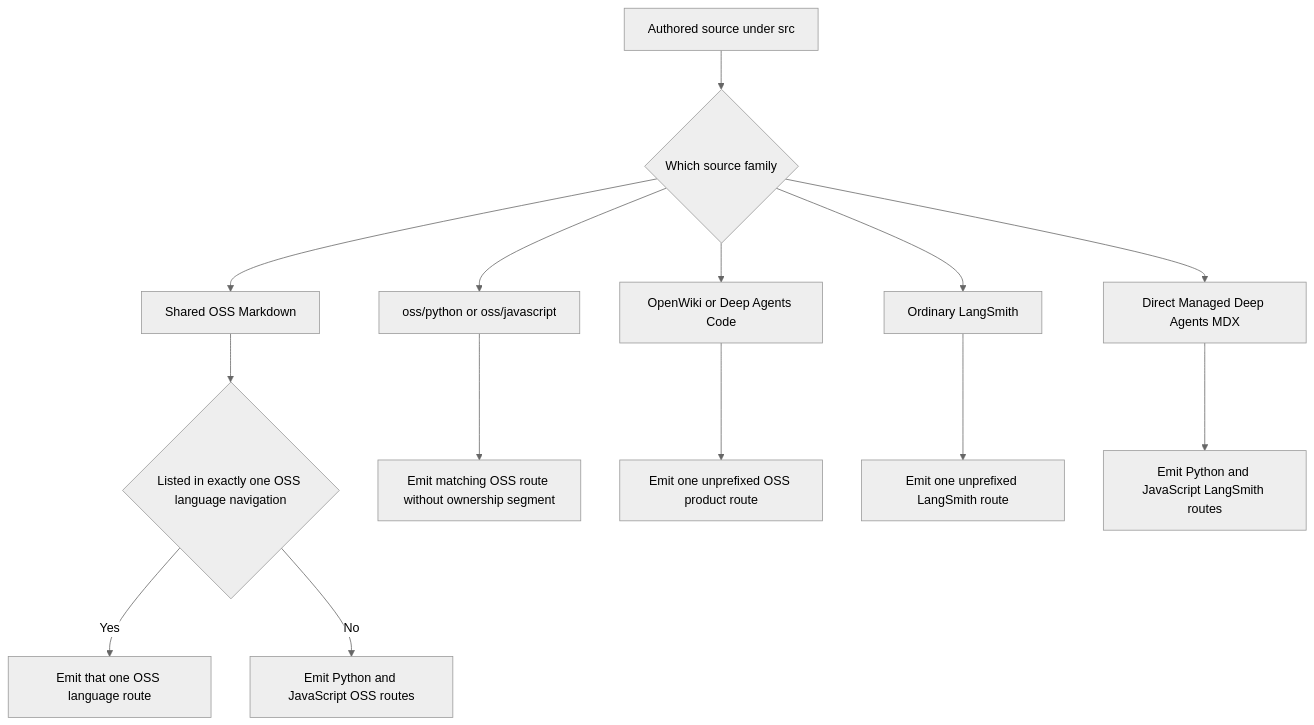
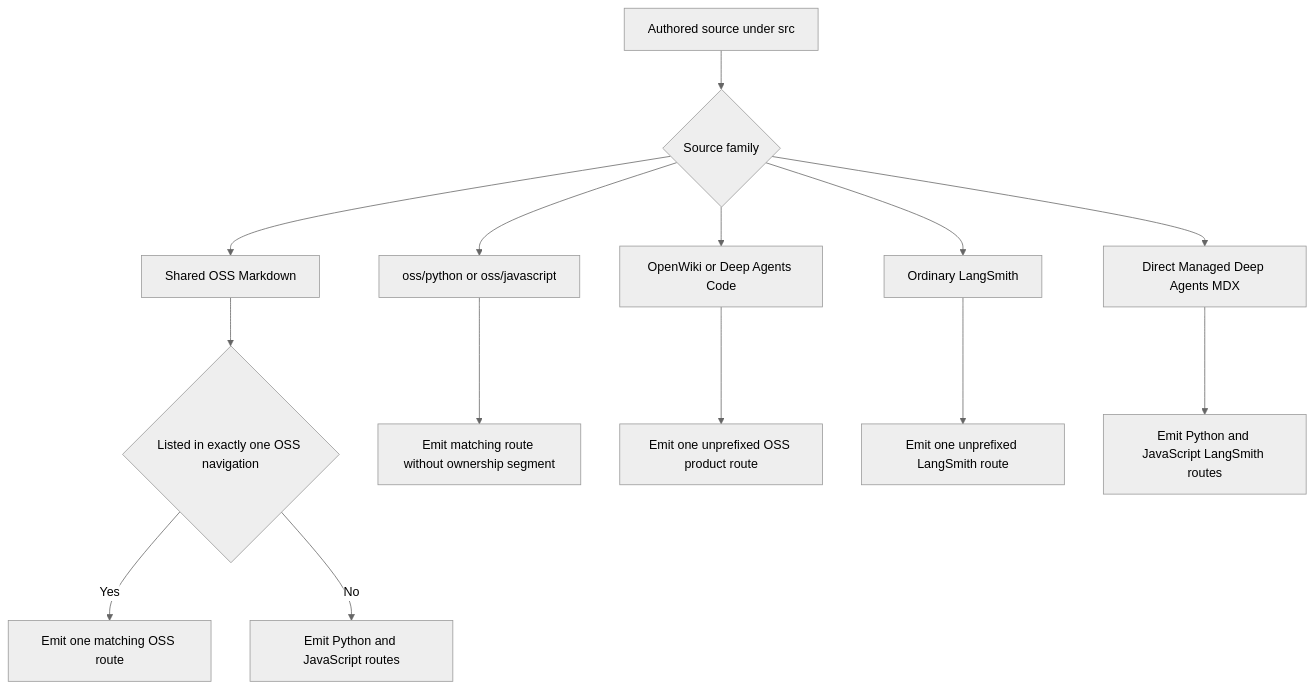
Before and after one commit to langchain-ai/docs: the diagram in openwiki/concepts/versioning.md, drawn with Mermaid (neutral theme). The commit also changed other lines of this file and 29 other files, not shown here.

````diff
--- a/openwiki/concepts/versioning.md
+++ b/openwiki/concepts/versioning.md
@@ -46,16 +47,16 @@
 ```mermaid
 flowchart TD
-    Source["Authored source under src"] --> Family{"Which source family"}
+    Source["Authored source under src"] --> Family{"Source family"}
     Family --> Shared["Shared OSS Markdown"]
-    Shared --> Nav{"Listed in exactly one OSS language navigation"}
-    Nav -->|"Yes"| OneShared["Emit that one OSS language route"]
-    Nav -->|"No"| BothShared["Emit Python and JavaScript OSS routes"]
+    Shared --> Nav{"Listed in exactly one OSS navigation"}
+    Nav -->|"Yes"| OneShared["Emit one matching OSS route"]
+    Nav -->|"No"| BothShared["Emit Python and JavaScript routes"]
     Family --> Owned["oss/python or oss/javascript"]
-    Owned --> OwnedRoute["Emit matching OSS route without ownership segment"]
+    Owned --> OwnedRoute["Emit matching route without ownership segment"]
     Family --> Product["OpenWiki or Deep Agents Code"]
     Product --> PlainProduct["Emit one unprefixed OSS product route"]
     Family --> Ordinary["Ordinary LangSmith"]
     Ordinary --> PlainLangSmith["Emit one unprefixed LangSmith route"]
     Family --> Managed["Direct Managed Deep Agents MDX"]
     Managed --> ManagedRoutes["Emit Python and JavaScript LangSmith routes"]
 ```
````
